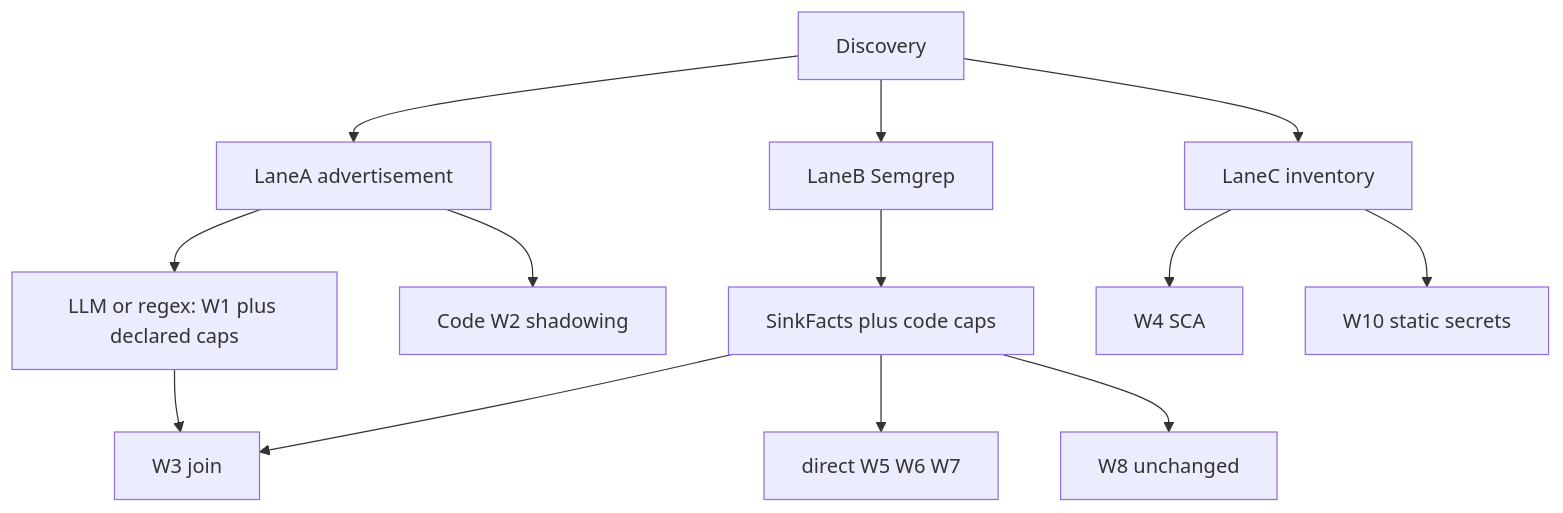
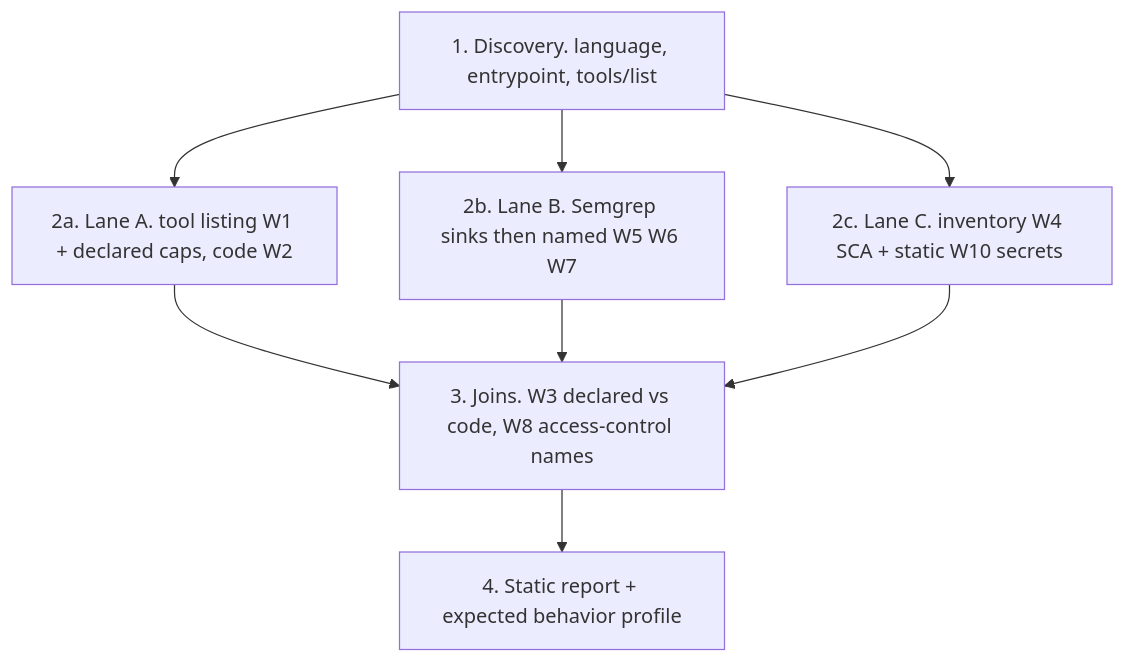
Before and after one commit to sanjayriram44/MCPAegis: the first of 2 diagrams in README.md, drawn with Mermaid. The commit also changed other lines of this file, not shown here.

````diff
--- a/README.md
+++ b/README.md
@@ -157,20 +207,11 @@
 ```mermaid
 flowchart TD
-  S0[Discovery]
-  S0 --> A[LaneA advertisement]
-  S0 --> B[LaneB Semgrep]
-  S0 --> C[LaneC inventory]
-
-  A --> Adv["LLM or regex: W1 plus declared caps"]
-  A --> W2[Code W2 shadowing]
-
-  B --> Facts[SinkFacts plus code caps]
-  Facts --> Inj[direct W5 W6 W7]
-  Facts --> W8[W8 unchanged]
-
-  C --> W4[W4 SCA]
-  C --> W10s[W10 static secrets]
-
-  Adv --> W3[W3 join]
-  Facts --> W3
+  S0["1. Discovery. language, entrypoint, tools/list"]
+  S0 --> S1A["2a. Lane A. tool listing W1 + declared caps, code W2"]
+  S0 --> S1B["2b. Lane B. Semgrep sinks then named W5 W6 W7"]
+  S0 --> S1C["2c. Lane C. inventory W4 SCA + static W10 secrets"]
+  S1A --> S2["3. Joins. W3 declared vs code, W8 access-control names"]
+  S1B --> S2
+  S1C --> S2
+  S2 --> S3["4. Static report + expected behavior profile"]
 ```
````
